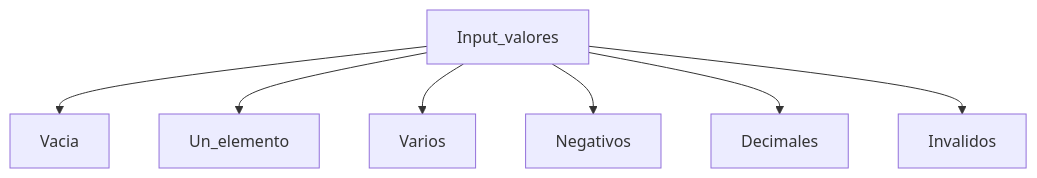
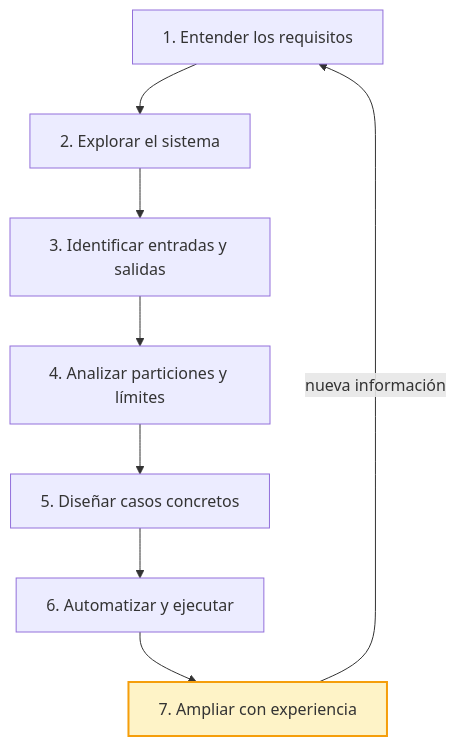
Before and after one commit to joshuacba08/qa-engineering-book: the second of 6 diagrams in parte2-tecnicas-clave/03-testing-basado-en-especificaciones.md, drawn with Mermaid. The commit also changed other lines of this file, not shown here.

````diff
--- a/parte2-tecnicas-clave/03-testing-basado-en-especificaciones.md
+++ b/parte2-tecnicas-clave/03-testing-basado-en-especificaciones.md
@@ -149,9 +74,11 @@
 ```mermaid
-graph TD
-    A[Input_valores] --> B[Vacia]
-    A --> C[Un_elemento]
-    A --> D[Varios]
-    A --> E[Negativos]
-    A --> F[Decimales]
-    A --> G[Invalidos]
+flowchart TD
+    A[1. Entender los requisitos] --> B[2. Explorar el sistema]
+    B --> C[3. Identificar entradas y salidas]
+    C --> D[4. Analizar particiones y límites]
+    D --> E[5. Diseñar casos concretos]
+    E --> F[6. Automatizar y ejecutar]
+    F --> G[7. Ampliar con experiencia]
+    G -->|nueva información| A
+    style G fill:#fef3c7,stroke:#f59e0b,stroke-width:2px
 ```
````
